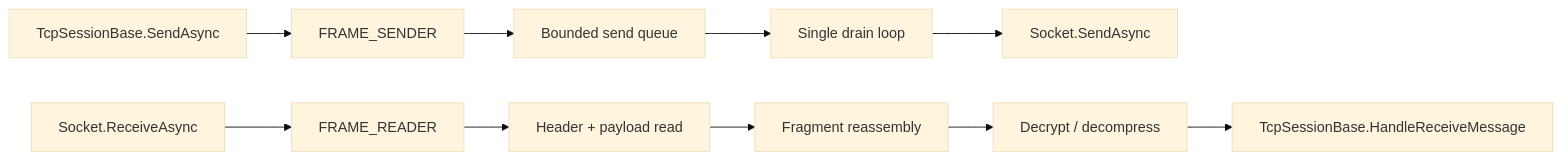
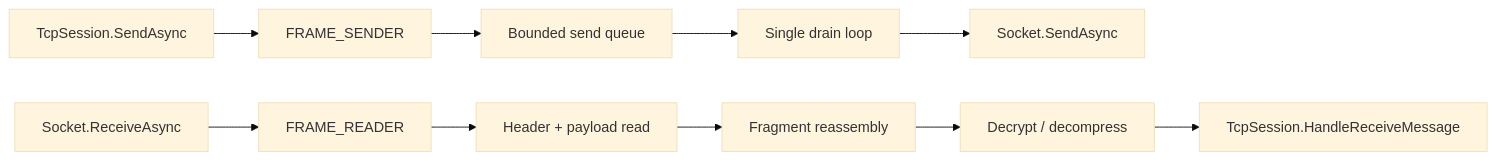
One commit to ppn-systems/Nalix changed the diagram in docs/api/sdk/frame-reader-and-sender.md. Above: the diagram before and after it, drawn with Mermaid (base theme). The commit also changed other lines of this file and 190 other files, not shown here.

````diff
--- a/docs/api/sdk/frame-reader-and-sender.md
+++ b/docs/api/sdk/frame-reader-and-sender.md
@@ -18,13 +18,13 @@
 ```mermaid
 flowchart LR
-    A["TcpSessionBase.SendAsync"] --> B["FRAME_SENDER"]
+    A["TcpSession.SendAsync"] --> B["FRAME_SENDER"]
     B --> C["Bounded send queue"]
     C --> D["Single drain loop"]
     D --> E["Socket.SendAsync"]
 
     F["Socket.ReceiveAsync"] --> G["FRAME_READER"]
     G --> H["Header + payload read"]
     H --> I["Fragment reassembly"]
     I --> J["Decrypt / decompress"]
-    J --> K["TcpSessionBase.HandleReceiveMessage"]
+    J --> K["TcpSession.HandleReceiveMessage"]
 ```
````
